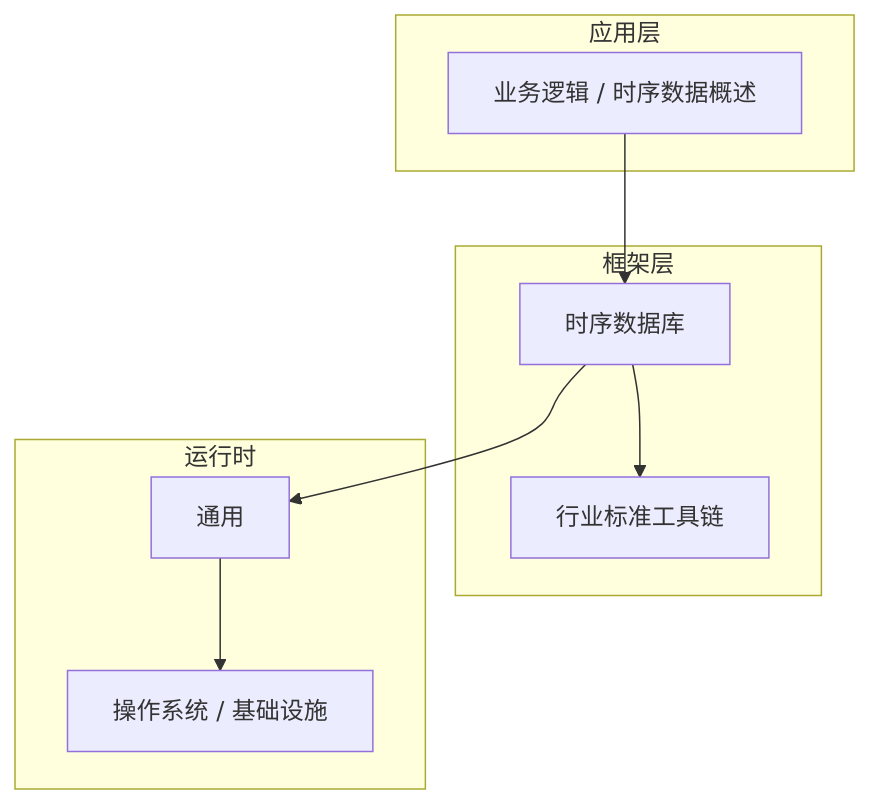
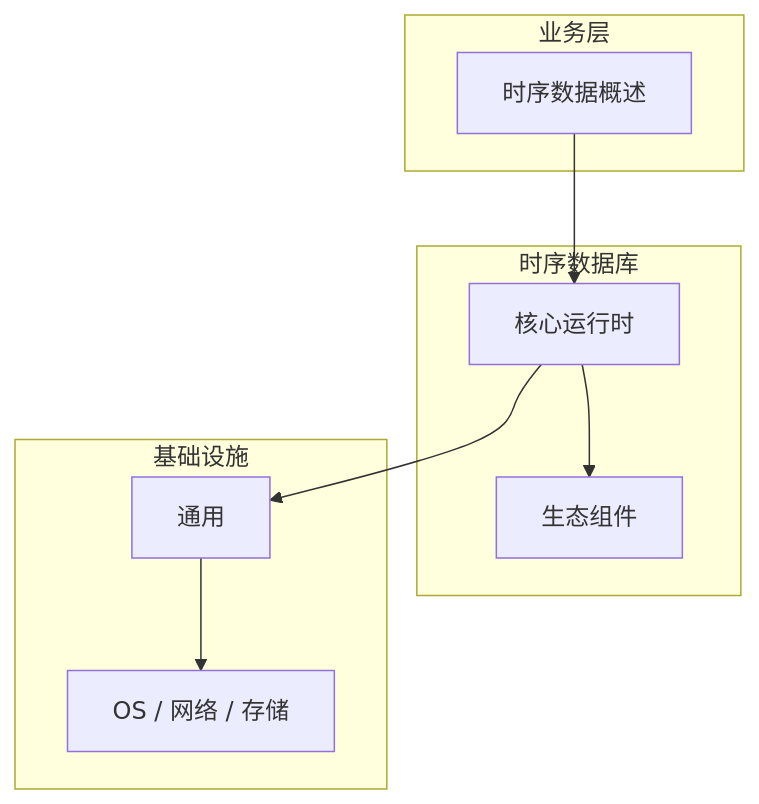
One commit to yanggan2015/knowledge-json-v2 changed the diagram in articles/时序数据库/chapters/001-时序数据概述核心概念与原理.md. Above: the diagram before and after it, drawn with Mermaid. The commit also changed other lines of this file and 10127 other files, not shown here.

````diff
--- a/articles/时序数据库/chapters/001-时序数据概述核心概念与原理.md
+++ b/articles/时序数据库/chapters/001-时序数据概述核心概念与原理.md
@@ -45,18 +34,18 @@
 ```mermaid
 graph TB
-    subgraph 应用层
-        A[业务逻辑 / 时序数据概述]
+    subgraph 业务层
+        A[时序数据概述]
     end
-    subgraph 框架层
-        B[时序数据库]
-        C[行业标准工具链]
+    subgraph 时序数据库
+        B[核心运行时]
+        C[生态组件]
     end
-    subgraph 运行时
+    subgraph 基础设施
         D[通用]
-        E[操作系统 / 基础设施]
+        E[OS / 网络 / 存储]
     end
     A --> B
     B --> C
     B --> D
     D --> E
 ```
````
